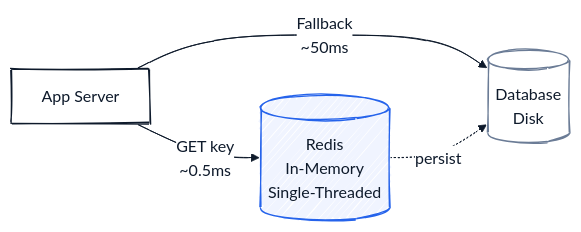
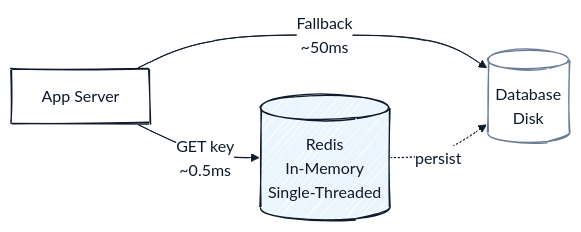
One commit to cartmancodes/InterviewVault changed the first of 13 diagrams in LLD/CoreConcepts/Redis.md. Above: the diagram before and after it, drawn with Mermaid. The commit also changed other lines of this file and 7 other files, not shown here.

````diff
--- a/LLD/CoreConcepts/Redis.md
+++ b/LLD/CoreConcepts/Redis.md
@@ -35,27 +35,27 @@
 ```mermaid
 ---
 config:
   look: handDrawn
   handDrawnSeed: 7
   theme: base
   themeVariables:
     primaryColor: "#FFFFFF"
     primaryBorderColor: "#0E1A2B"
     primaryTextColor: "#0E1A2B"
     lineColor: "#0E1A2B"
     clusterBkg: "#FFFFFF"
     clusterBorder: "#6B7C96"
     edgeLabelBackground: "#FFFFFF"
 ---
 graph LR
     APP[App Server]
     R[(Redis<br/>In-Memory<br/>Single-Threaded)]
     DB[(Database<br/>Disk)]
 
     APP -->|GET key<br/>~0.5ms| R
     APP -->|Fallback<br/>~50ms| DB
     R -.->|persist| DB
 
-    style R fill:#F0F4FF,stroke:#2563EB
+    style R fill:#EAF5FD,stroke:#0E1A2B
     style DB fill:#FFFFFF,stroke:#6B7C96
 ```
````
